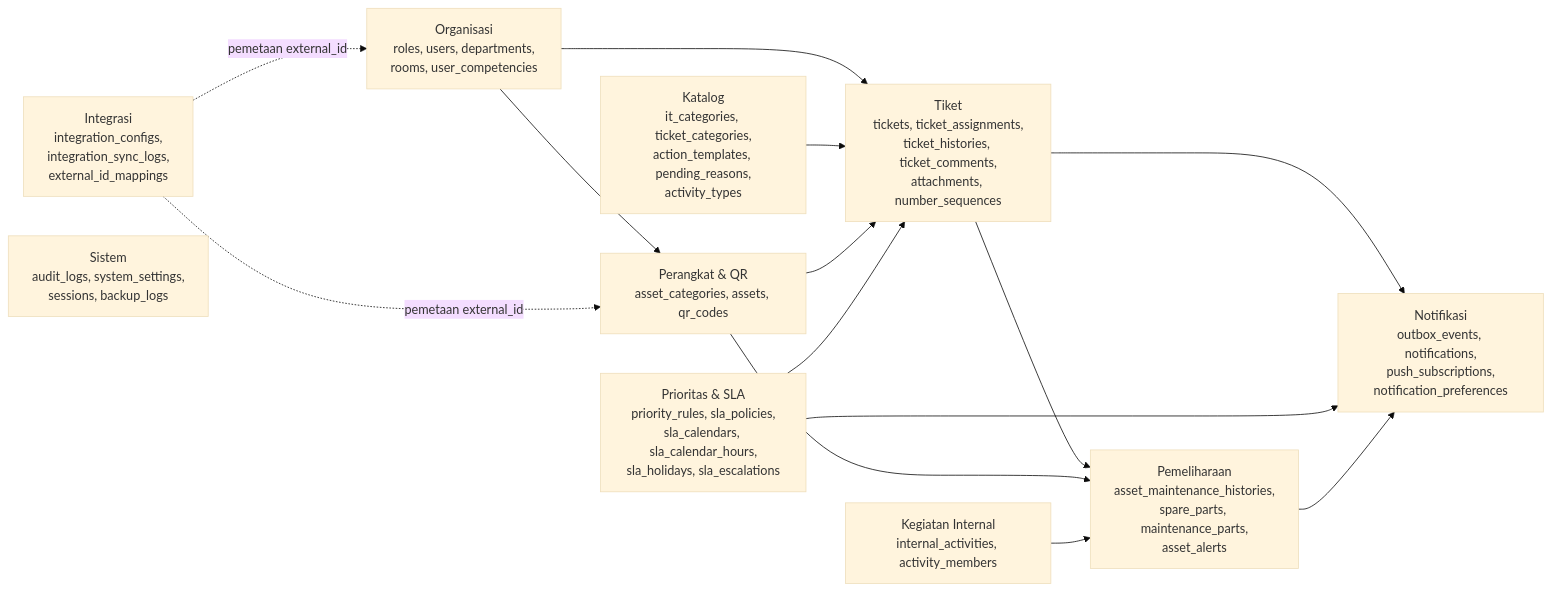
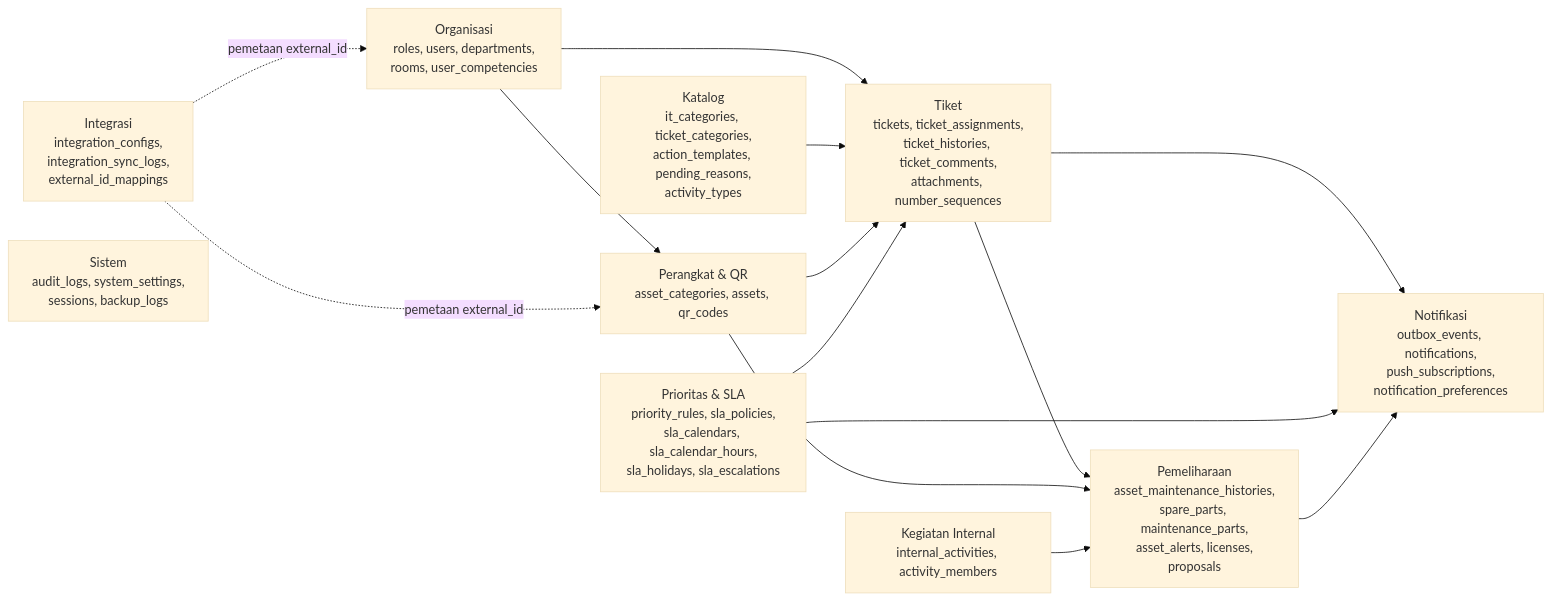
The first of 6 diagrams in docs/ERD.md (komangindra86/sikat), drawn with Mermaid (base theme) before and after one commit. The commit also changed other lines of this file and 58 other files, not shown here.

````diff
--- a/docs/ERD.md
+++ b/docs/ERD.md
@@ -15,27 +15,27 @@
 ```mermaid
 flowchart LR
     ORG["Organisasi<br/>roles, users, departments,<br/>rooms, user_competencies"]
     CAT["Katalog<br/>it_categories, ticket_categories,<br/>action_templates, pending_reasons,<br/>activity_types"]
     AST["Perangkat & QR<br/>asset_categories, assets, qr_codes"]
     TKT["Tiket<br/>tickets, ticket_assignments,<br/>ticket_histories, ticket_comments,<br/>attachments, number_sequences"]
     SLA["Prioritas & SLA<br/>priority_rules, sla_policies,<br/>sla_calendars, sla_calendar_hours,<br/>sla_holidays, sla_escalations"]
-    MNT["Pemeliharaan<br/>asset_maintenance_histories,<br/>spare_parts, maintenance_parts,<br/>asset_alerts"]
+    MNT["Pemeliharaan<br/>asset_maintenance_histories,<br/>spare_parts, maintenance_parts,<br/>asset_alerts, licenses,<br/>proposals"]
     ACT["Kegiatan Internal<br/>internal_activities, activity_members"]
     NTF["Notifikasi<br/>outbox_events, notifications,<br/>push_subscriptions,<br/>notification_preferences"]
     INT["Integrasi<br/>integration_configs,<br/>integration_sync_logs,<br/>external_id_mappings"]
     SYS["Sistem<br/>audit_logs, system_settings,<br/>sessions, backup_logs"]
 
     ORG --> AST
     ORG --> TKT
     CAT --> TKT
     AST --> TKT
     SLA --> TKT
     TKT --> MNT
     AST --> MNT
     ACT --> MNT
     TKT --> NTF
     SLA --> NTF
     MNT --> NTF
     INT -.pemetaan external_id.-> ORG
     INT -.pemetaan external_id.-> AST
 ```
````
